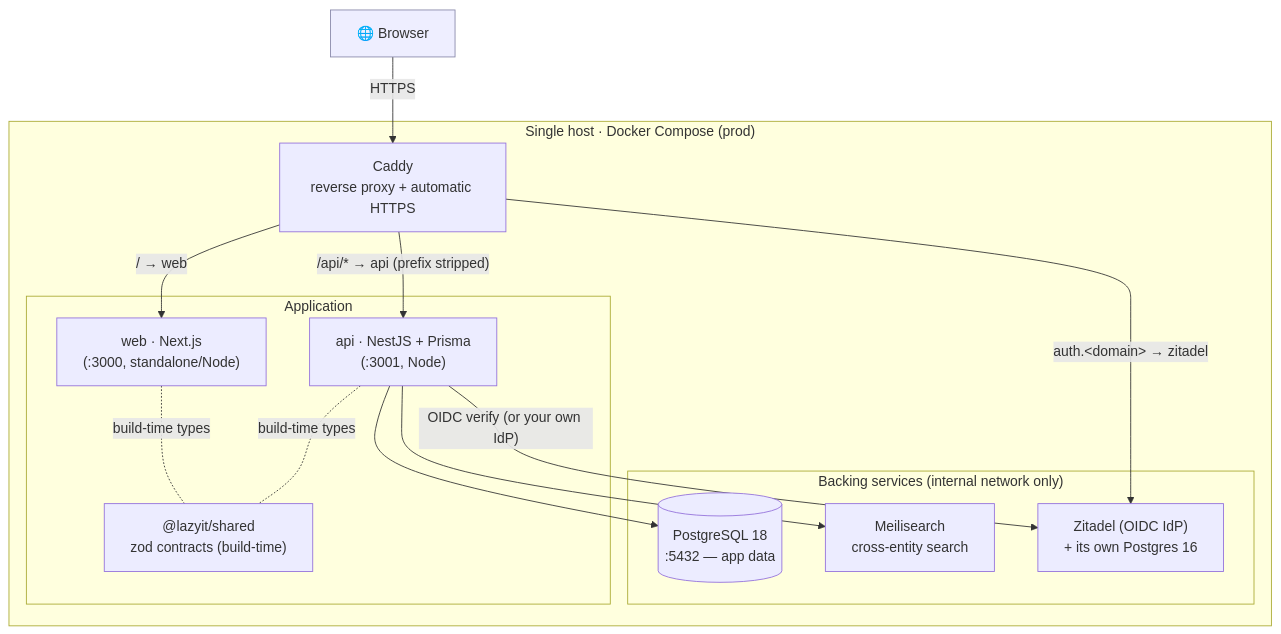
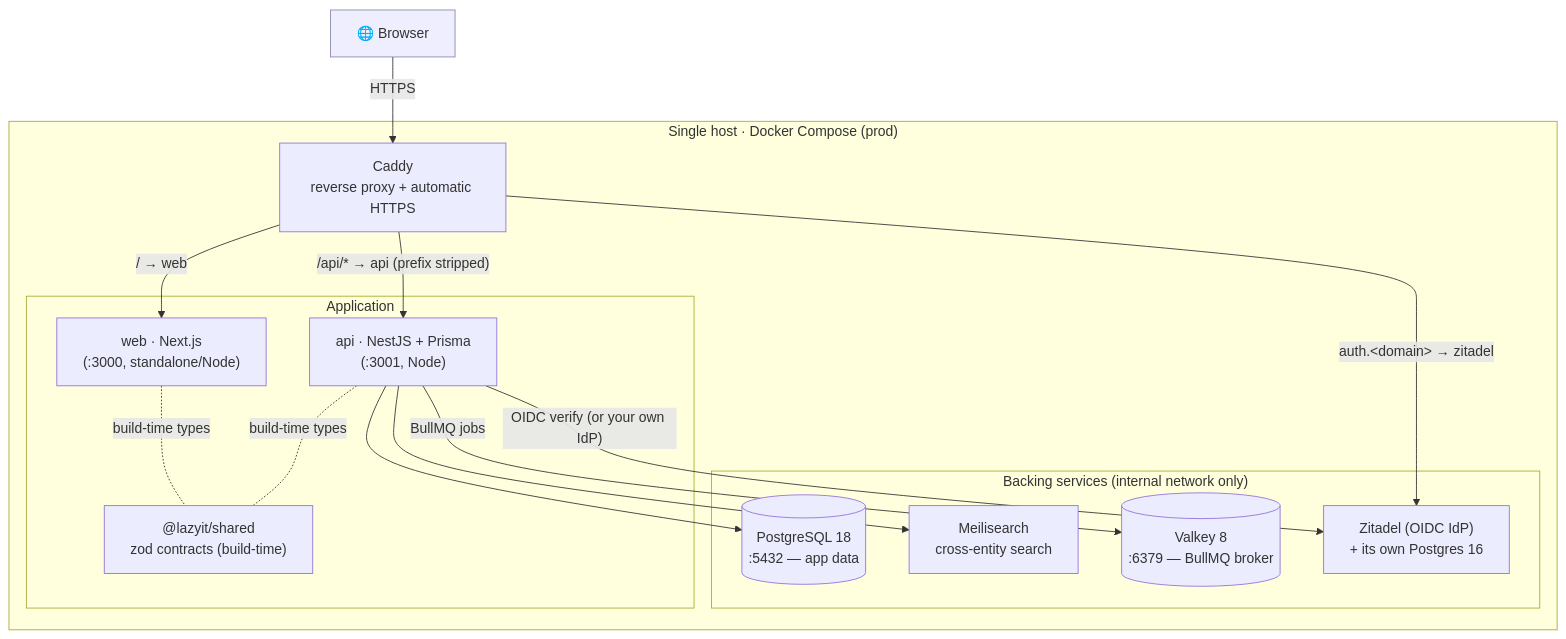
Before and after one commit to joacominatel/lazyit: the diagram in README.md, drawn with Mermaid. The commit also changed other lines of this file, not shown here.

First line of the commit message:
docs: reflect shipped Applications Workflow Engine + BullMQ/Valkey substrate in root README

````diff
--- a/README.md
+++ b/README.md
@@ -138,33 +156,35 @@
 ```mermaid
 flowchart TB
     browser["🌐 Browser"]
 
     subgraph host["Single host · Docker Compose (prod)"]
         caddy["Caddy<br/>reverse proxy + automatic HTTPS"]
 
         subgraph apps["Application"]
             web["web · Next.js<br/>(:3000, standalone/Node)"]
             api["api · NestJS + Prisma<br/>(:3001, Node)"]
             shared["@lazyit/shared<br/>zod contracts (build-time)"]
         end
 
         subgraph data["Backing services (internal network only)"]
             pg[("PostgreSQL 18<br/>:5432 — app data")]
             meili["Meilisearch<br/>cross-entity search"]
+            valkey[("Valkey 8<br/>:6379 — BullMQ broker")]
             zitadel["Zitadel (OIDC IdP)<br/>+ its own Postgres 16"]
         end
     end
 
     browser -- "HTTPS" --> caddy
     caddy -- "/ → web" --> web
     caddy -- "/api/* → api (prefix stripped)" --> api
     caddy -- "auth.&lt;domain&gt; → zitadel" --> zitadel
     web -. "build-time types" .- shared
     api -. "build-time types" .- shared
     api --> pg
     api --> meili
+    api -- "BullMQ jobs" --> valkey
     api -- "OIDC verify (or your own IdP)" --> zitadel
 
     classDef ext fill:#eef,stroke:#88a;
     class browser ext;
 ```
````
